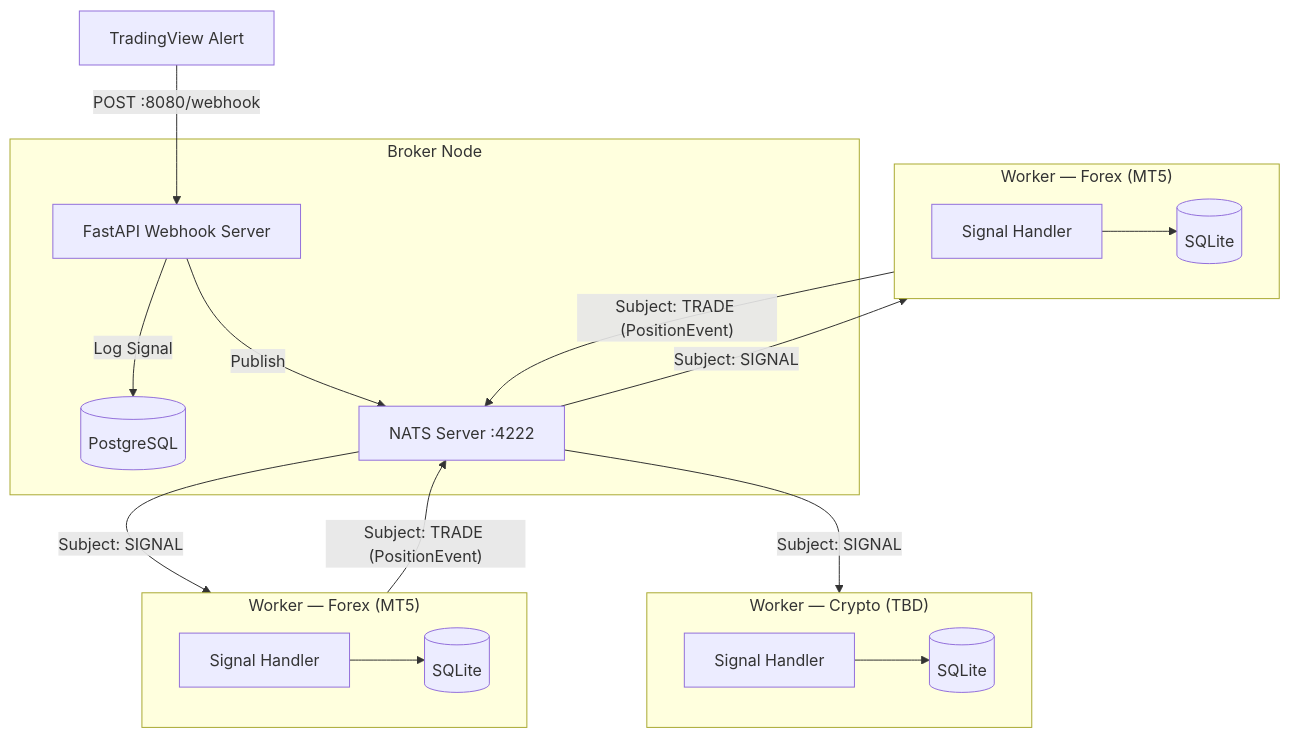
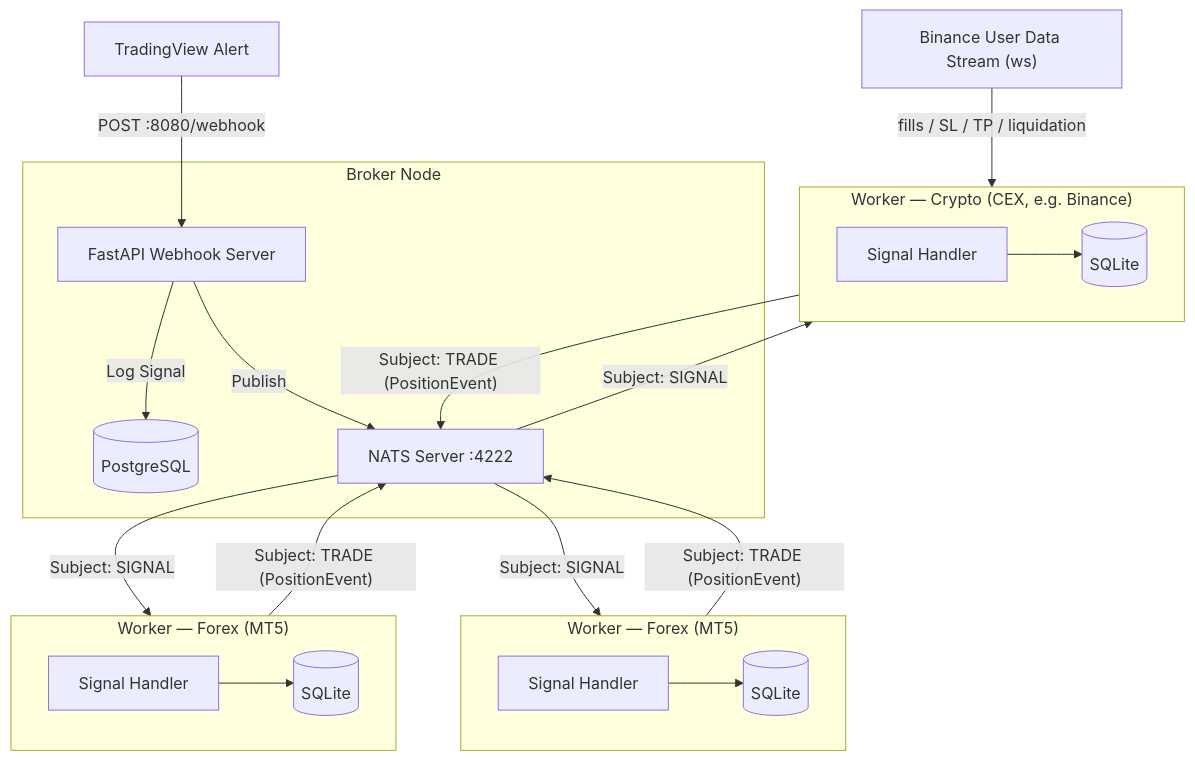
Before and after one commit to rockingrow/algo-trading-worker: the first of 2 diagrams in README.md, drawn with Mermaid. The commit also changed other lines of this file and 28 other files, not shown here.

First line of the commit message:
feat: integrate crypto CEX via factory pattern (Binance first)

````diff
--- a/README.md
+++ b/README.md
@@ -86,25 +92,27 @@
 ```mermaid
 graph TD
     TV[TradingView Alert] -- "POST :8080/webhook" --> Broker
     subgraph "Broker Node"
         Broker[FastAPI Webhook Server]
         DB[(PostgreSQL)]
         NATS["NATS Server :4222"]
         Broker -- "Log Signal" --> DB
         Broker -- "Publish" --> NATS
     end
     NATS -- "Subject: SIGNAL" --> W1
     NATS -- "Subject: SIGNAL" --> W2
     NATS -- "Subject: SIGNAL" --> WN
     subgraph W1["Worker — Forex (MT5)"]
         W1A[Signal Handler] --> W1B[(SQLite)]
     end
     subgraph W2["Worker — Forex (MT5)"]
         W2A[Signal Handler] --> W2B[(SQLite)]
     end
-    subgraph WN["Worker — Crypto (TBD)"]
+    subgraph WN["Worker — Crypto (CEX, e.g. Binance)"]
         WNA[Signal Handler] --> WNB[(SQLite)]
     end
     W1 -- "Subject: TRADE (PositionEvent)" --> NATS
     W2 -- "Subject: TRADE (PositionEvent)" --> NATS
+    WN -- "Subject: TRADE (PositionEvent)" --> NATS
+    Binance["Binance User Data Stream (ws)"] -- "fills / SL / TP / liquidation" --> WN
 ```
````
